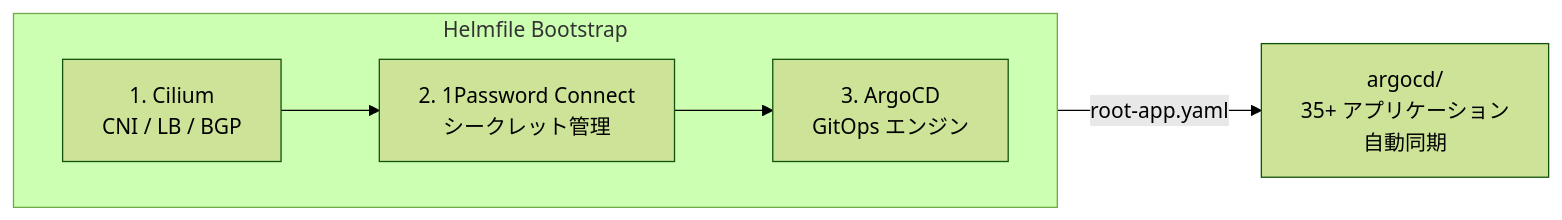
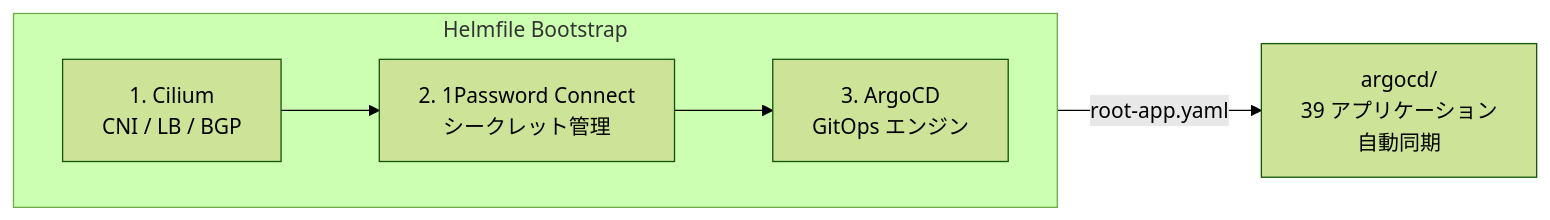
Before and after one commit to Soli0222/pke: the first of 2 diagrams in helmfile/README.md, drawn with Mermaid (forest theme). The commit also changed other lines of this file and 2 other files, not shown here.

````diff
--- a/helmfile/README.md
+++ b/helmfile/README.md
@@ -7,10 +7,10 @@
 ```mermaid
 flowchart LR
     subgraph "Helmfile Bootstrap"
         direction LR
         C["1. Cilium<br/>CNI / LB / BGP"] --> OP["2. 1Password Connect<br/>シークレット管理"]
         OP --> A["3. ArgoCD<br/>GitOps エンジン"]
     end
 
-    A -->|"root-app.yaml"| APPS["argocd/<br/>35+ アプリケーション<br/>自動同期"]
+    A -->|"root-app.yaml"| APPS["argocd/<br/>39 アプリケーション<br/>自動同期"]
 ```
````
